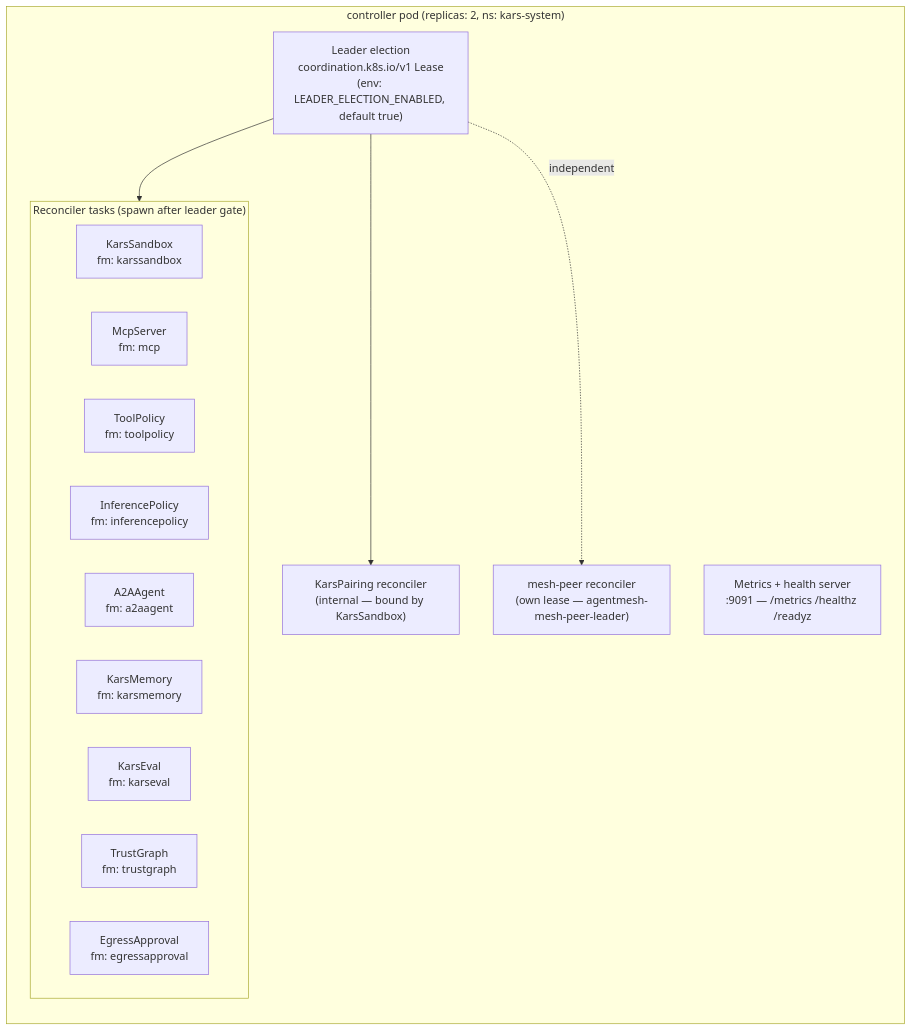
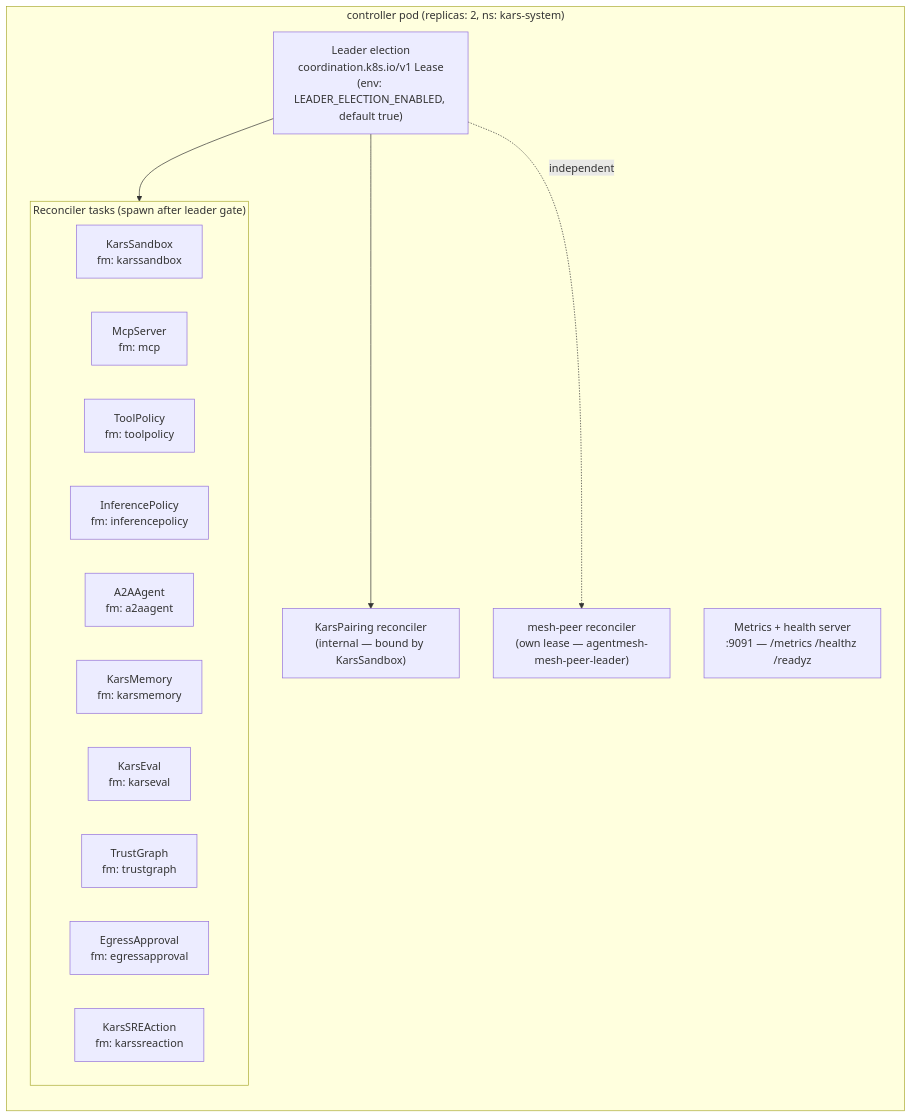
One commit to lachie83/kars changed the second of 7 diagrams in docs/api/lifecycle.md. Above: the diagram before and after it, drawn with Mermaid. The commit also changed other lines of this file and 175 other files, not shown here.

````diff
--- a/docs/api/lifecycle.md
+++ b/docs/api/lifecycle.md
@@ -64,25 +65,26 @@
 ```mermaid
 graph TD
   subgraph operator["controller pod (replicas: 2, ns: kars-system)"]
     direction TB
     LE["Leader election<br/>coordination.k8s.io/v1 Lease<br/>(env: LEADER_ELECTION_ENABLED, default true)"]
     subgraph reconcilers["Reconciler tasks (spawn after leader gate)"]
       direction LR
       R1["KarsSandbox<br/>fm: karssandbox"]
       R2["McpServer<br/>fm: mcp"]
       R3["ToolPolicy<br/>fm: toolpolicy"]
       R4["InferencePolicy<br/>fm: inferencepolicy"]
       R5["A2AAgent<br/>fm: a2aagent"]
       R6["KarsMemory<br/>fm: karsmemory"]
       R7["KarsEval<br/>fm: karseval"]
       R8["TrustGraph<br/>fm: trustgraph"]
       R9["EgressApproval<br/>fm: egressapproval"]
+      R11["KarsSREAction<br/>fm: karssreaction"]
     end
     R10["KarsPairing reconciler<br/>(internal — bound by KarsSandbox)"]
     MESH["mesh-peer reconciler<br/>(own lease — agentmesh-mesh-peer-leader)"]
     METR["Metrics + health server<br/>:9091 — /metrics /healthz /readyz"]
   end
   LE --> reconcilers
   LE --> R10
   LE -.->|independent| MESH
 ```
````
